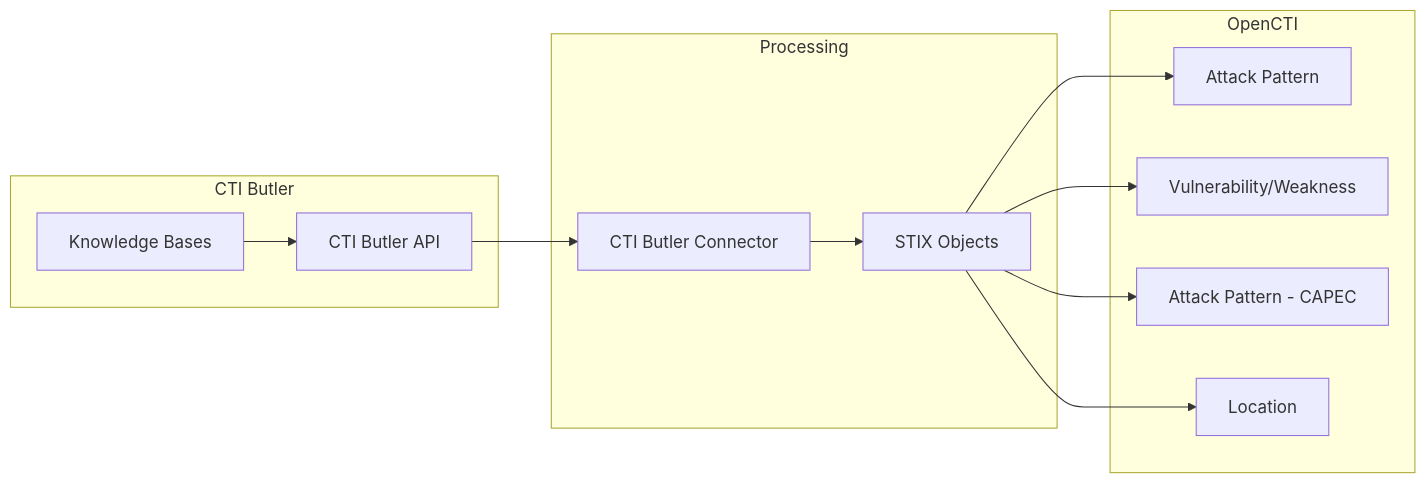
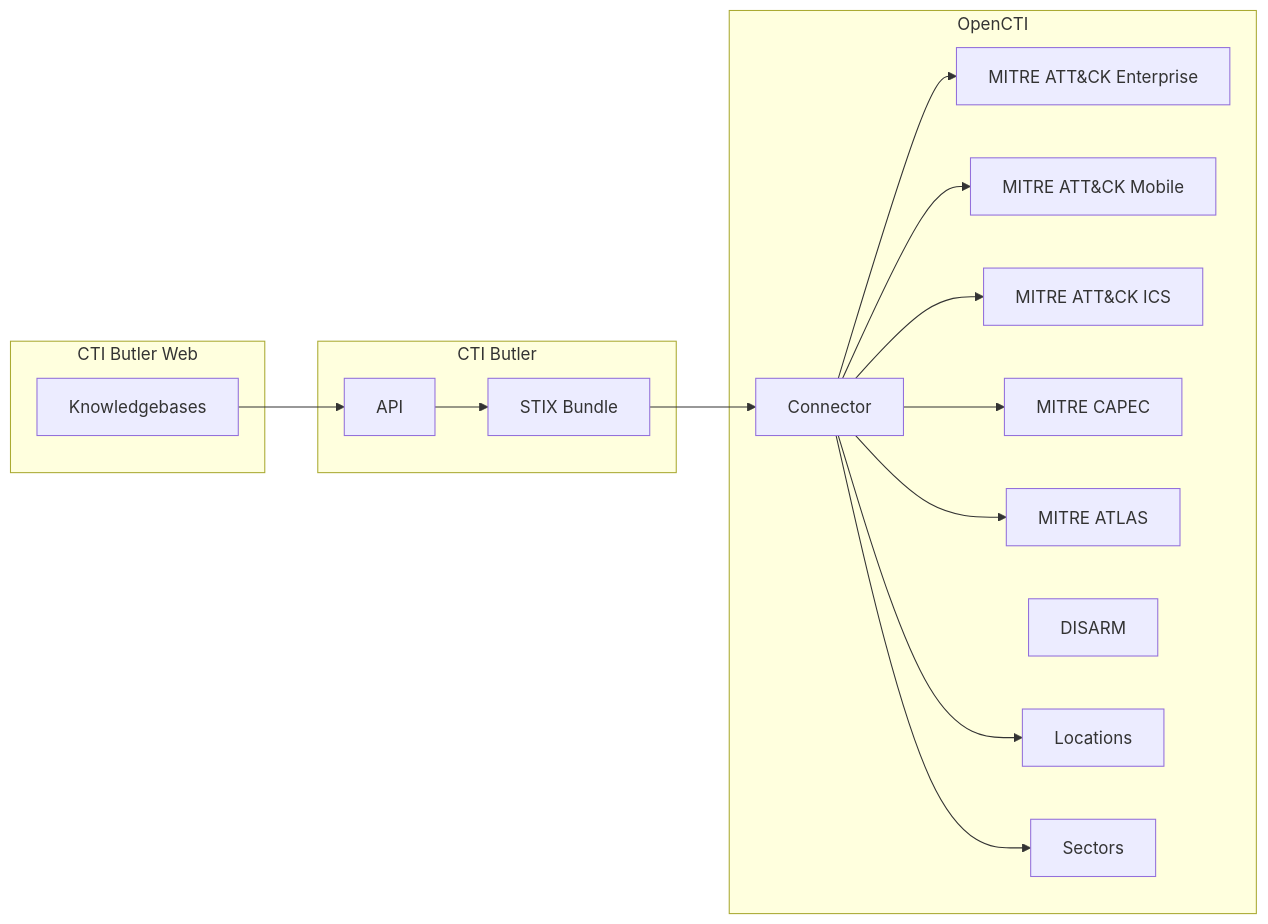
The diagram in external-import/dogesec-ctibutler/README.md (OpenCTI-Platform/connectors), drawn with Mermaid before and after one commit. The commit also changed other lines of this file and 7 other files, not shown here.

````diff
--- a/external-import/dogesec-ctibutler/README.md
+++ b/external-import/dogesec-ctibutler/README.md
@@ -155,21 +167,41 @@
 ```mermaid
 graph LR
-    subgraph CTI Butler
-        API[CTI Butler API]
-        KB[Knowledge Bases]
+    %% Box 1: CTI Butler Web
+    subgraph CTIButler_Web["CTI Butler Web"]
+        Knowledgebases[Knowledgebases]
+    end
+
+    %% Box 2: CTI Butler
+    subgraph CTIButler_API["CTI Butler"]
+        API[API]
+        Bundle[STIX Bundle]
+        API --> Bundle
     end
     
-    KB --> API
-    
-    subgraph Processing
-        API --> Connector[CTI Butler Connector]
-        Connector --> STIX[STIX Objects]
+    %% Box 3: OpenCTI
+    subgraph OpenCTI["OpenCTI"]
+        Connector[Connector]
+        AttckEnterprise[MITRE ATT&CK Enterprise]
+        AttckMobile[MITRE ATT&CK Mobile]
+        AttckICS[MITRE ATT&CK ICS]
+        Capec[MITRE CAPEC]
+        Atlas[MITRE ATLAS]
+        Disarm[DISARM]
+        Location[Locations]
+        Sectors[Sectors]
     end
-    
-    subgraph OpenCTI
-        STIX --> AttackPattern[Attack Pattern]
-        STIX --> Weakness[Vulnerability/Weakness]
-        STIX --> CAPEC[Attack Pattern - CAPEC]
-        STIX --> Location[Location]
-    end
+
+    %% Cross-section flow
+    Knowledgebases --> API
+    Bundle --> Connector
+
+    %% Connector links
+    Connector --> AttckEnterprise
+    Connector --> AttckMobile
+    Connector --> AttckICS
+    Connector --> Capec
+    Connector --> Atlas
+    Connector --> Location
+    Connector --> Sectors
+
 ```
````
